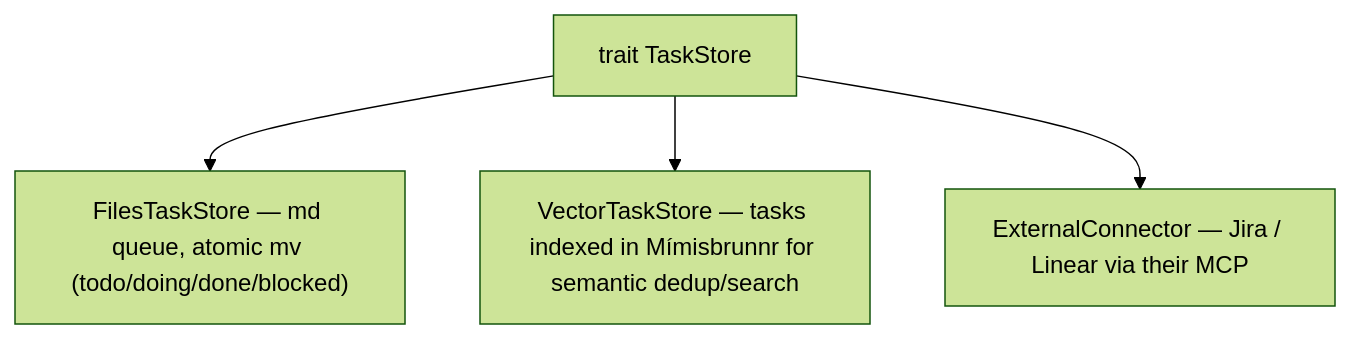
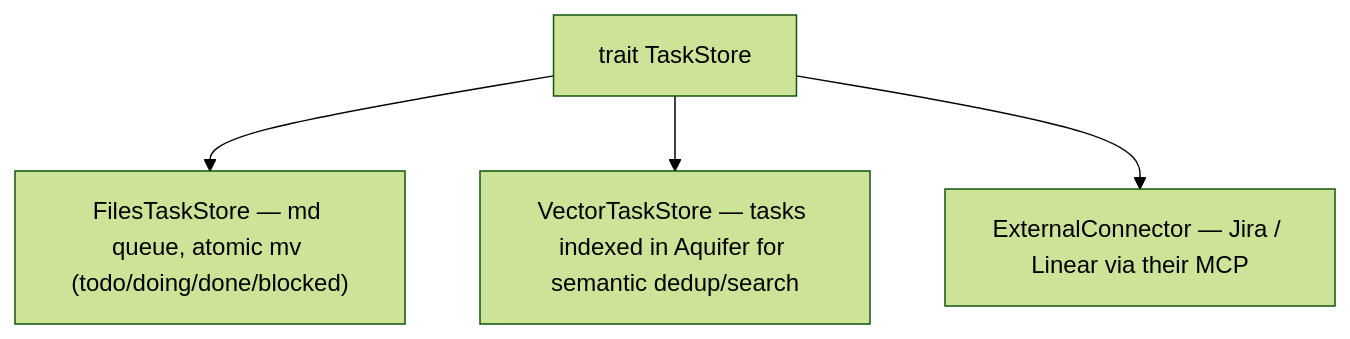
One commit to aquifer-labs/brunnr changed the third of 4 diagrams in docs/task-tracking.md. Above: the diagram before and after it, drawn with Mermaid (forest theme). The commit also changed other lines of this file and 18 other files, not shown here.

````diff
--- a/docs/task-tracking.md
+++ b/docs/task-tracking.md
@@ -74,6 +74,6 @@
 ```mermaid
 flowchart TD
   TS[trait TaskStore] --> FT["FilesTaskStore — md queue, atomic mv (todo/doing/done/blocked)"]
-  TS --> VT["VectorTaskStore — tasks indexed in Mímisbrunnr for semantic dedup/search"]
+  TS --> VT["VectorTaskStore — tasks indexed in Aquifer for semantic dedup/search"]
   TS --> XC["ExternalConnector — Jira / Linear via their MCP"]
 ```
````
